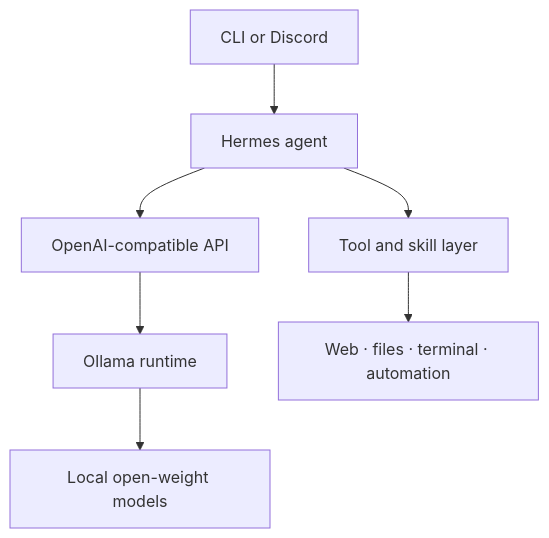
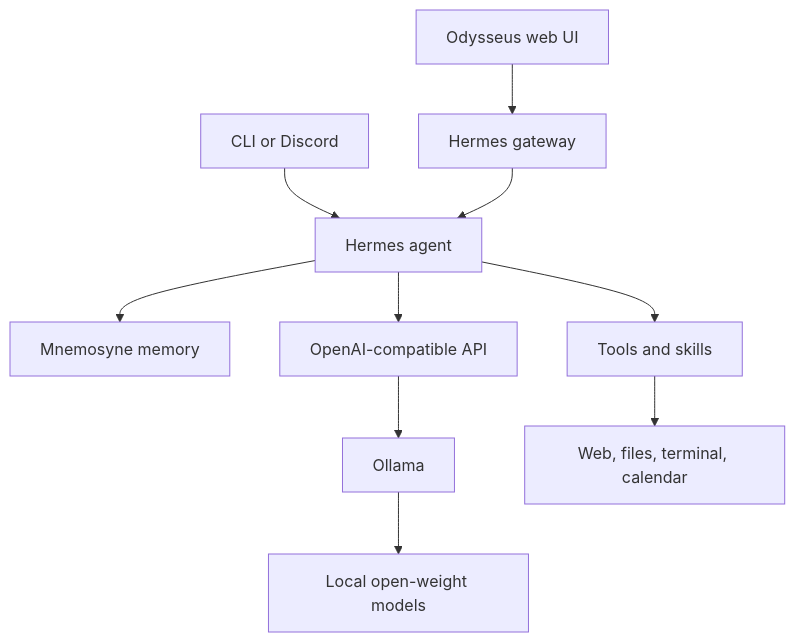
The diagram in README.md (SaiAnumula/local-ai-assistant), drawn with Mermaid before and after one commit. The commit also changed other lines of this file and 5 other files, not shown here.

````diff
--- a/README.md
+++ b/README.md
@@ -31,9 +27,12 @@
 ```mermaid
 flowchart TD
     User["CLI or Discord"] --> Hermes["Hermes agent"]
-    Hermes --> Tools["Tool and skill layer"]
+    Odysseus["Odysseus web UI"] --> Gateway["Hermes gateway"]
+    Gateway --> Hermes
+    Hermes --> Memory["Mnemosyne memory"]
+    Hermes --> Tools["Tools and skills"]
     Hermes --> API["OpenAI-compatible API"]
-    API --> Ollama["Ollama runtime"]
+    API --> Ollama["Ollama"]
     Ollama --> Models["Local open-weight models"]
-    Tools --> Services["Web · files · terminal · automation"]
+    Tools --> Services["Web, files, terminal, calendar"]
 ```
````
